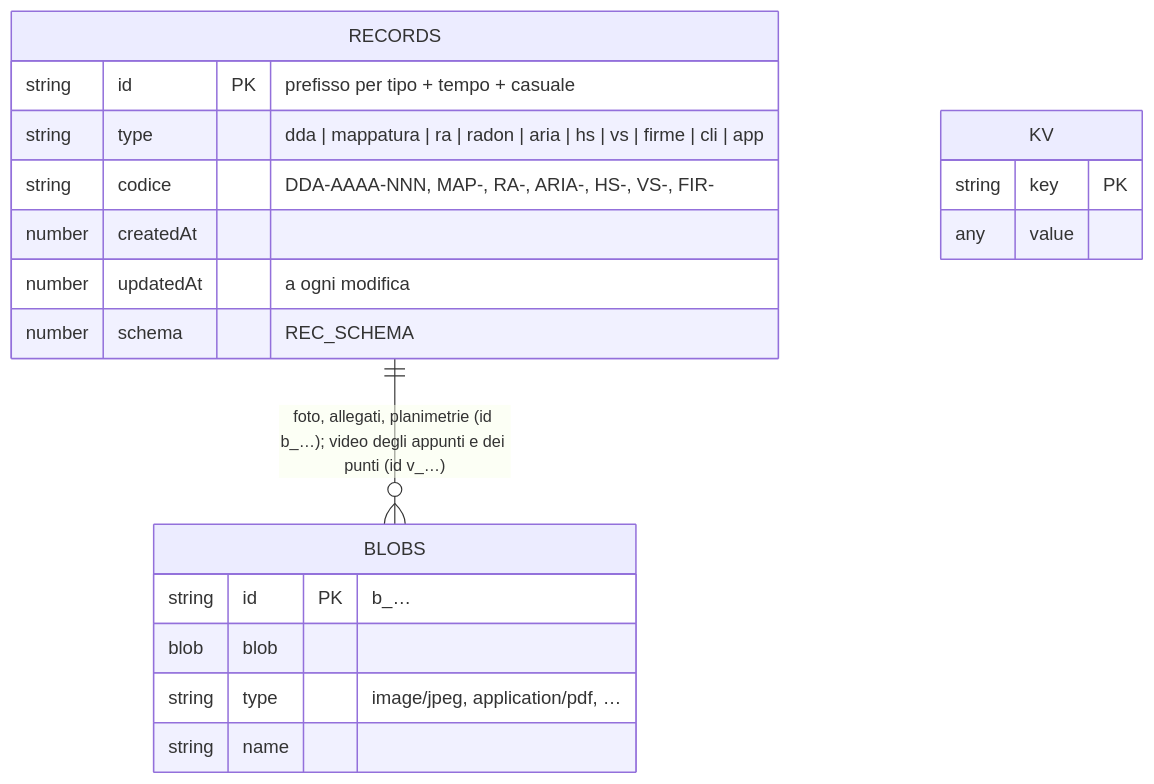
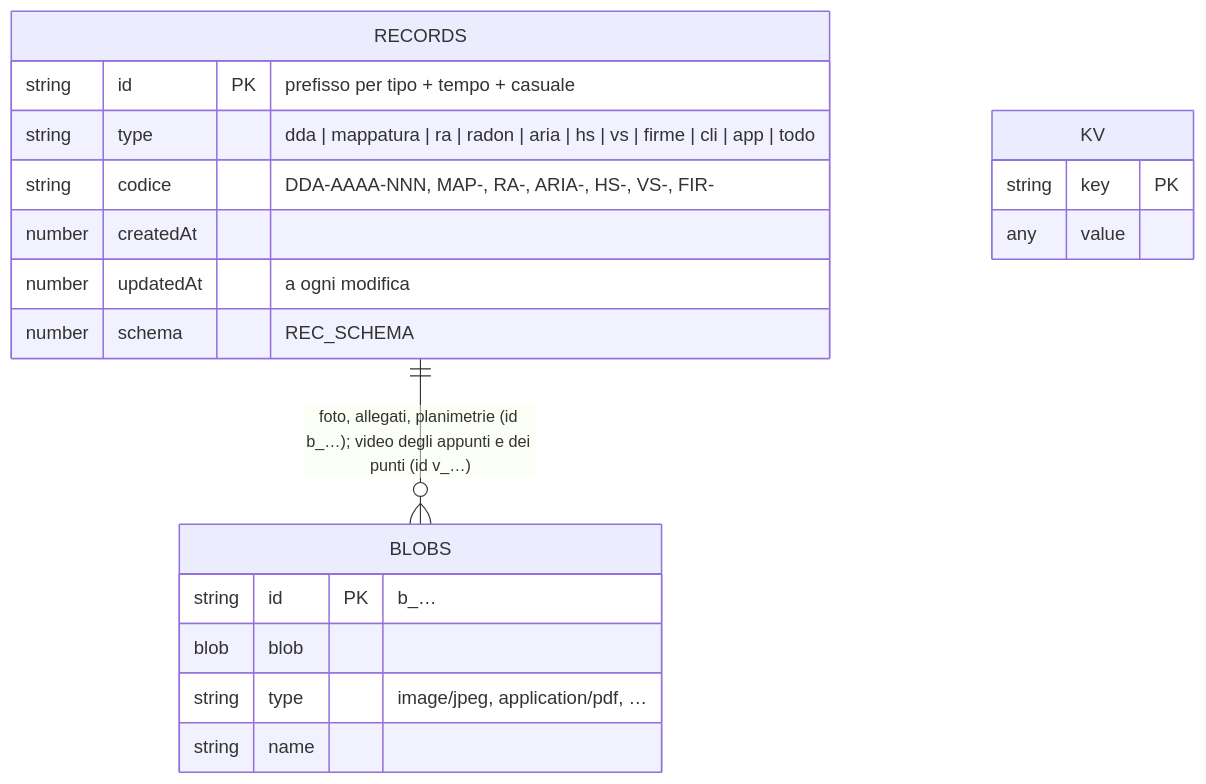
Before and after one commit to Waro/AppAmbiente: the first of 2 diagrams in docs/DATA_MODEL.md, drawn with Mermaid. The commit also changed other lines of this file and 24 other files, not shown here.

````diff
--- a/docs/DATA_MODEL.md
+++ b/docs/DATA_MODEL.md
@@ -23,22 +23,22 @@
 ```mermaid
 erDiagram
   RECORDS ||--o{ BLOBS : "foto, allegati, planimetrie (id b_…); video degli appunti e dei punti (id v_…)"
   RECORDS {
     string id PK "prefisso per tipo + tempo + casuale"
-    string type "dda | mappatura | ra | radon | aria | hs | vs | firme | cli | app"
+    string type "dda | mappatura | ra | radon | aria | hs | vs | firme | cli | app | todo"
     string codice "DDA-AAAA-NNN, MAP-, RA-, ARIA-, HS-, VS-, FIR-"
     number createdAt
     number updatedAt "a ogni modifica"
     number schema "REC_SCHEMA"
   }
   BLOBS {
     string id PK "b_…"
     blob blob
     string type "image/jpeg, application/pdf, …"
     string name
   }
   KV {
     string key PK
     any value
   }
 ```
````
